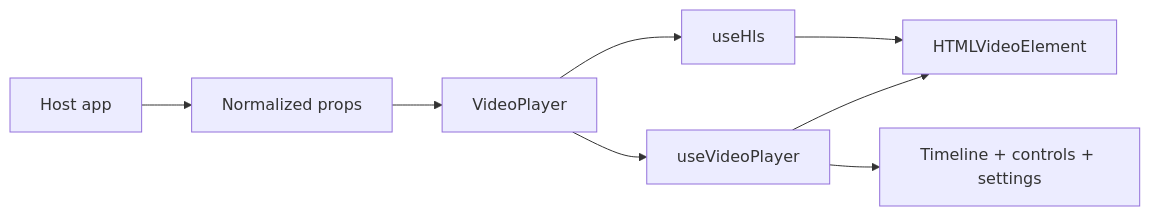
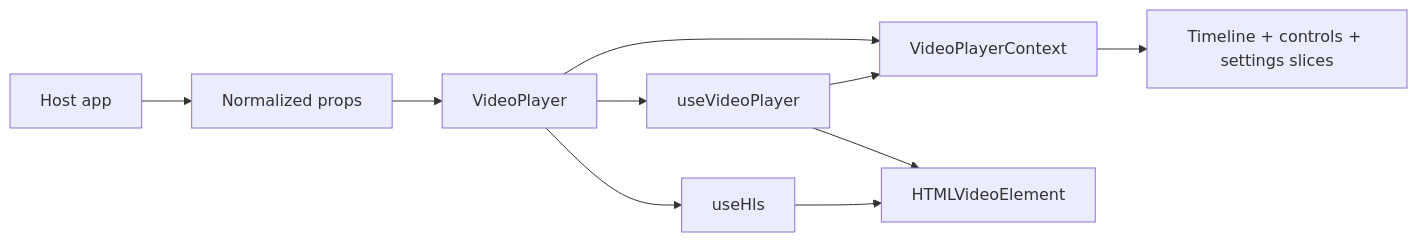
One commit to mmmihaeel/custom-video-player changed the diagram in docs/architecture.md. Above: the diagram before and after it, drawn with Mermaid. The commit also changed other lines of this file and 25 other files, not shown here.

````diff
--- a/docs/architecture.md
+++ b/docs/architecture.md
@@ -25,10 +31,12 @@
 ```mermaid
 flowchart LR
   Host["Host app"] --> Props["Normalized props"]
   Props --> Player["VideoPlayer"]
   Player --> Runtime["useVideoPlayer"]
   Player --> Hls["useHls"]
+  Player --> Context["VideoPlayerContext"]
+  Runtime --> Context
   Runtime --> Media["HTMLVideoElement"]
   Hls --> Media
-  Runtime --> UI["Timeline + controls + settings"]
+  Context --> UI["Timeline + controls + settings slices"]
 ```
````
